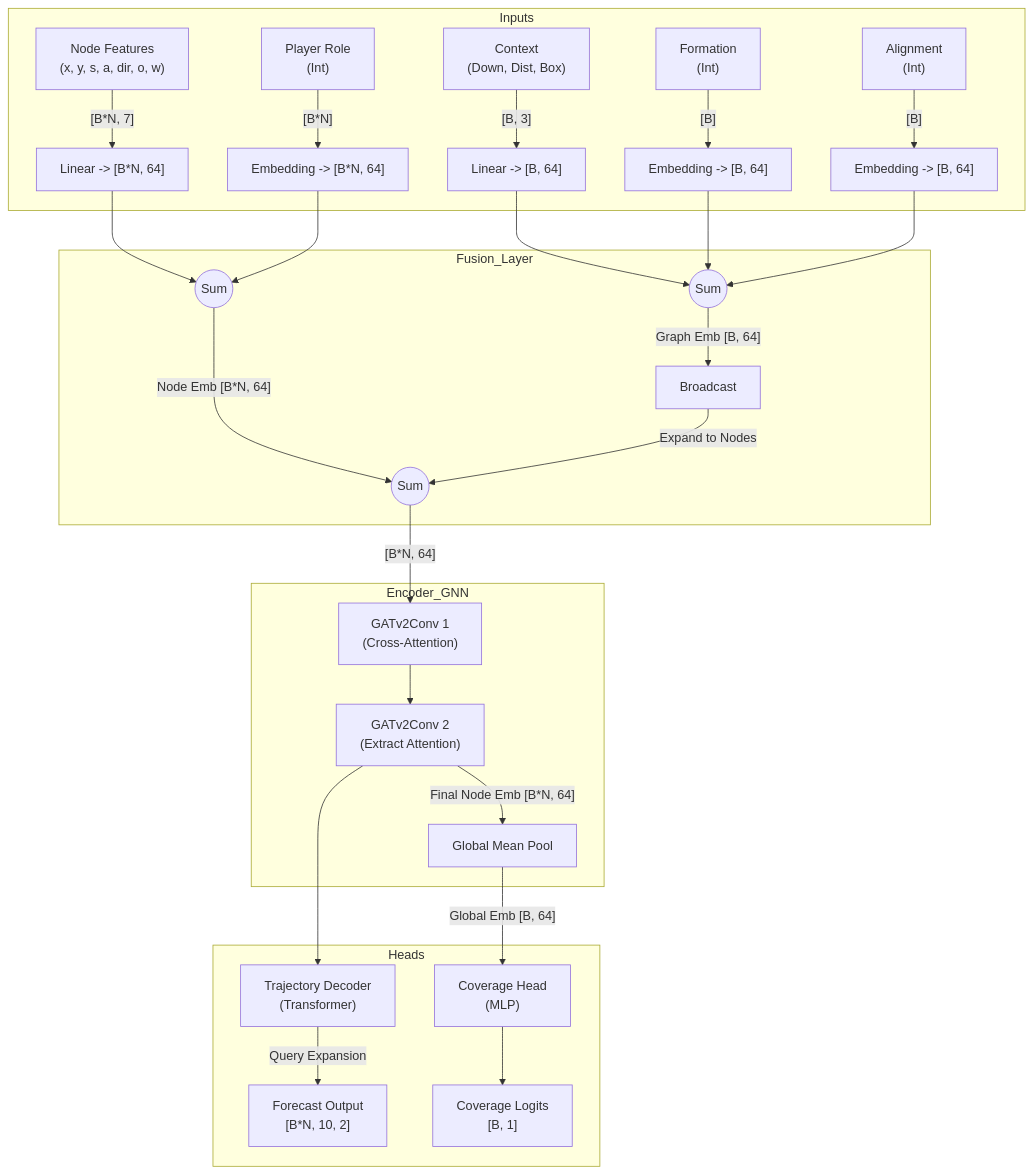
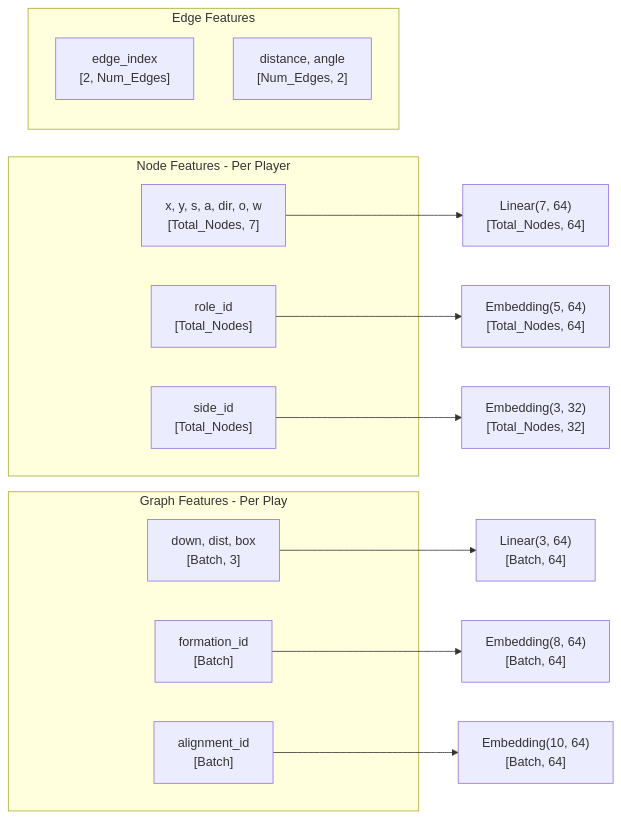
The second of 5 diagrams in docs/architecture.md (tanm-sys/NFL), drawn with Mermaid before and after one commit. The commit also changed other lines of this file and 9 other files, not shown here.

````diff
--- a/docs/architecture.md
+++ b/docs/architecture.md
@@ -8,37 +59,27 @@
 ```mermaid
-graph TD
-    subgraph Inputs
-    X["Node Features<br/>(x, y, s, a, dir, o, w)"] -- "[B*N, 7]" --> EmbX["Linear -> [B*N, 64]"]
-    Role["Player Role<br/>(Int)"] -- "[B*N]" --> EmbRole["Embedding -> [B*N, 64]"]
+graph LR
+    subgraph Node_Features[Node Features - Per Player]
+        X["x, y, s, a, dir, o, w<br/>[Total_Nodes, 7]"]
+        Role["role_id<br/>[Total_Nodes]"]
+        Side["side_id<br/>[Total_Nodes]"]
+    end
     
-    Context["Context<br/>(Down, Dist, Box)"] -- "[B, 3]" --> EmbCtx["Linear -> [B, 64]"]
-    Form["Formation<br/>(Int)"] -- "[B]" --> EmbForm["Embedding -> [B, 64]"]
-    Align["Alignment<br/>(Int)"] -- "[B]" --> EmbAlign["Embedding -> [B, 64]"]
+    subgraph Graph_Features[Graph Features - Per Play]
+        Ctx["down, dist, box<br/>[Batch, 3]"]
+        Form["formation_id<br/>[Batch]"]
+        Align["alignment_id<br/>[Batch]"]
     end
-
-    subgraph Fusion_Layer
-    EmbX --> SumNodes(("Sum"))
-    EmbRole --> SumNodes
-    SumNodes -- "Node Emb [B*N, 64]" --> GNN_Input
     
-    EmbCtx --> SumCtx(("Sum"))
-    EmbForm --> SumCtx
-    EmbAlign --> SumCtx
-    SumCtx -- "Graph Emb [B, 64]" --> Broadcast
-    Broadcast -- "Expand to Nodes" --> GNN_Input(("Sum"))
+    subgraph Edge_Features[Edge Features]
+        EdgeIdx["edge_index<br/>[2, Num_Edges]"]
+        EdgeAttr["distance, angle<br/>[Num_Edges, 2]"]
     end
-
-    subgraph Encoder_GNN
-    GNN_Input -- "[B*N, 64]" --> GAT1["GATv2Conv 1<br/>(Cross-Attention)"]
-    GAT1 --> GAT2["GATv2Conv 2<br/>(Extract Attention)"]
-    GAT2 -- "Final Node Emb [B*N, 64]" --> Pool[Global Mean Pool]
-    end
-
-    subgraph Heads
-    GAT2 --> Decoder["Trajectory Decoder<br/>(Transformer)"]
-    Decoder -- "Query Expansion" --> Forecast["Forecast Output<br/>[B*N, 10, 2]"]
     
-    Pool -- "Global Emb [B, 64]" --> Classifier["Coverage Head<br/>(MLP)"]
-    Classifier --> CovPred["Coverage Logits<br/>[B, 1]"]
-    end
+    X --> EmbX["Linear(7, 64)<br/>[Total_Nodes, 64]"]
+    Role --> EmbRole["Embedding(5, 64)<br/>[Total_Nodes, 64]"]
+    Side --> EmbSide["Embedding(3, 32)<br/>[Total_Nodes, 32]"]
+    
+    Ctx --> EmbCtx["Linear(3, 64)<br/>[Batch, 64]"]
+    Form --> EmbForm["Embedding(8, 64)<br/>[Batch, 64]"]
+    Align --> EmbAlign["Embedding(10, 64)<br/>[Batch, 64]"]
 ```
````
